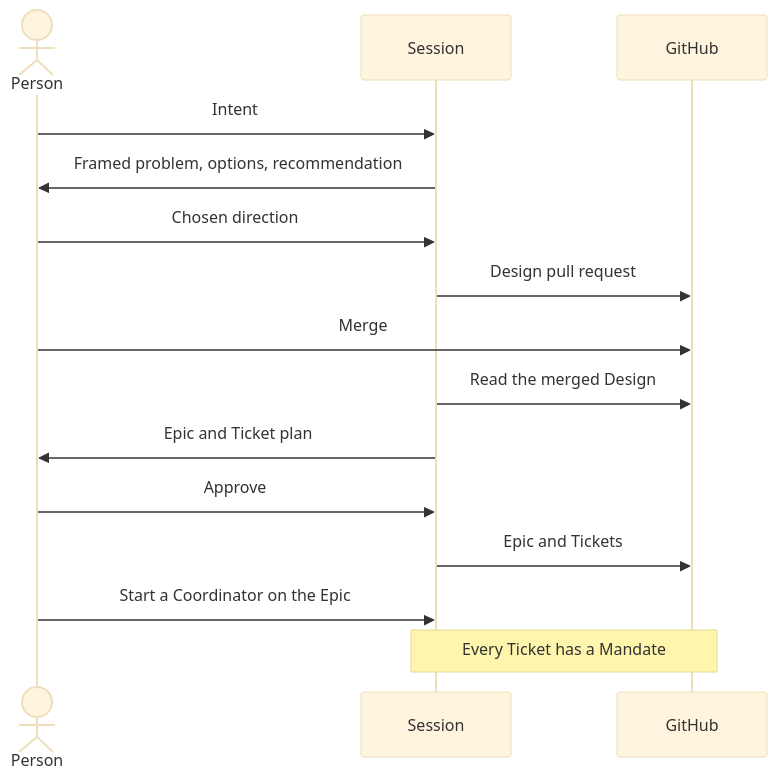
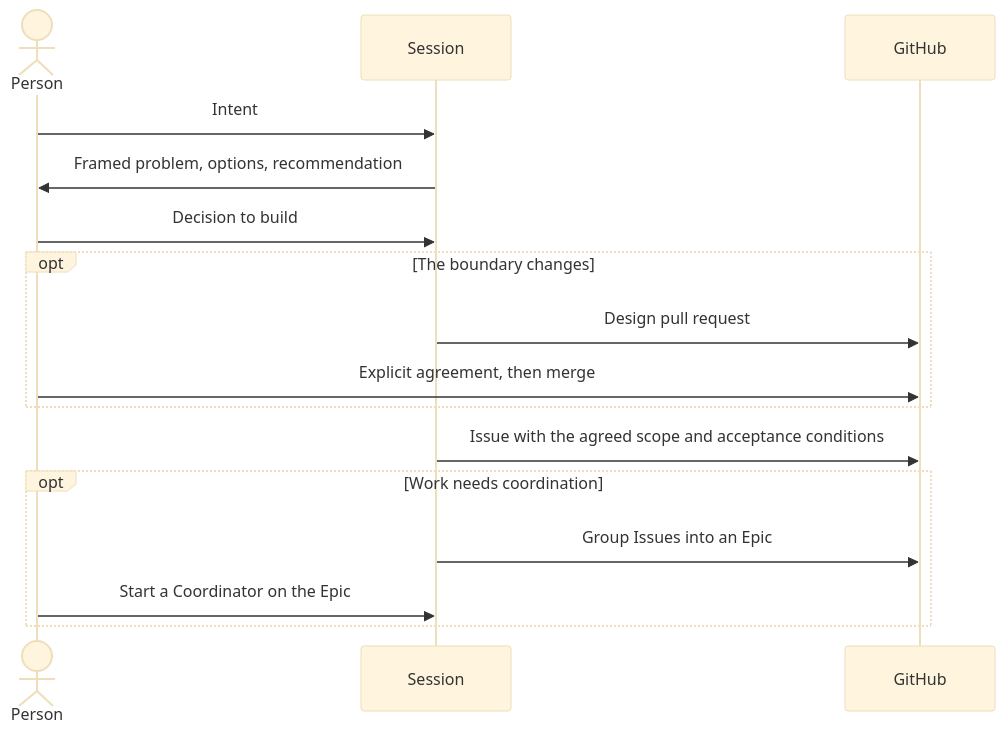
The third of 5 diagrams in docs/design/development-pipeline.md (maro114510/skills), drawn with Mermaid (base theme) before and after one commit. The commit also changed other lines of this file and 3 other files, not shown here.

````diff
--- a/docs/design/development-pipeline.md
+++ b/docs/design/development-pipeline.md
@@ -98,17 +99,18 @@
 ```mermaid
 sequenceDiagram
     actor P as Person
     participant S as Session
     participant G as GitHub
     P->>S: Intent
     S->>P: Framed problem, options, recommendation
-    P->>S: Chosen direction
-    S->>G: Design pull request
-    P->>G: Merge
-    S->>G: Read the merged Design
-    S->>P: Epic and Ticket plan
-    P->>S: Approve
-    S->>G: Epic and Tickets
-    P->>S: Start a Coordinator on the Epic
-    Note over S,G: Every Ticket has a Mandate
+    P->>S: Decision to build
+    opt The boundary changes
+        S->>G: Design pull request
+        P->>G: Explicit agreement, then merge
+    end
+    S->>G: Issue with the agreed scope and acceptance conditions
+    opt Work needs coordination
+        S->>G: Group Issues into an Epic
+        P->>S: Start a Coordinator on the Epic
+    end
 ```
````
